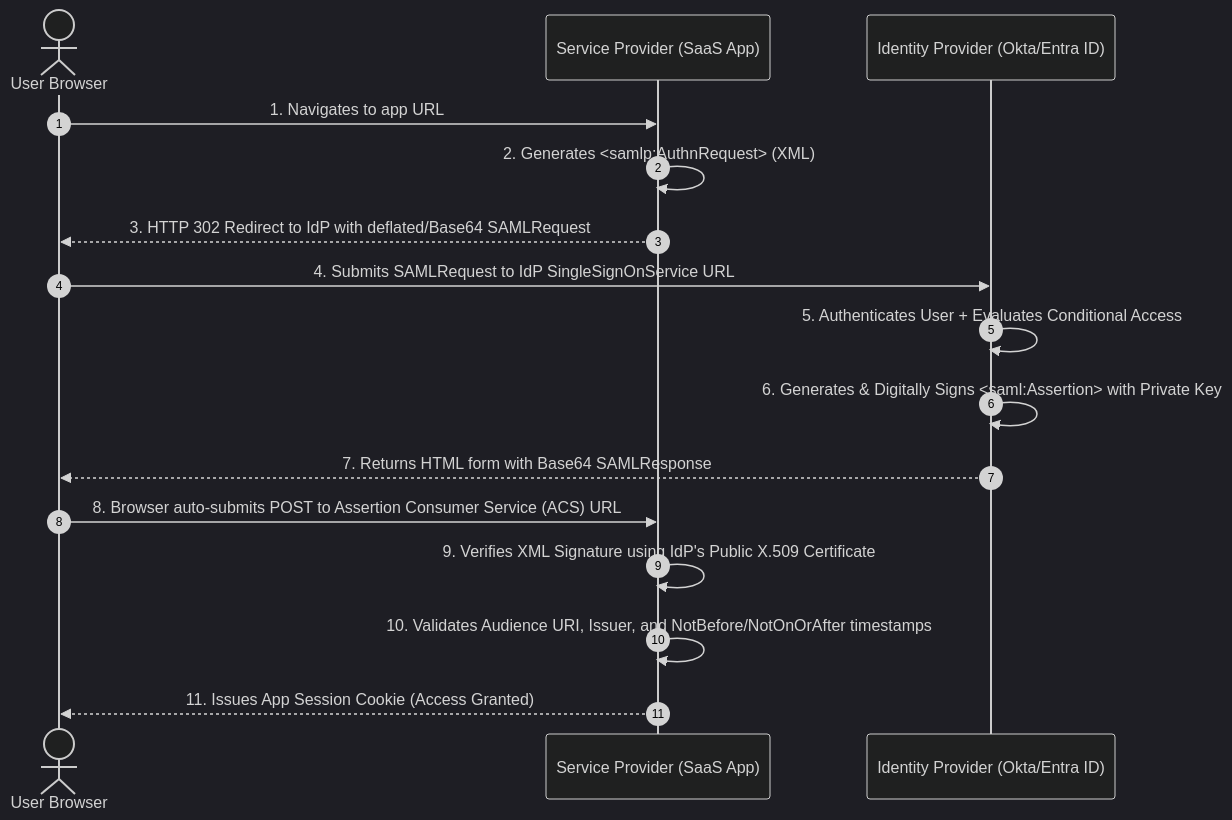
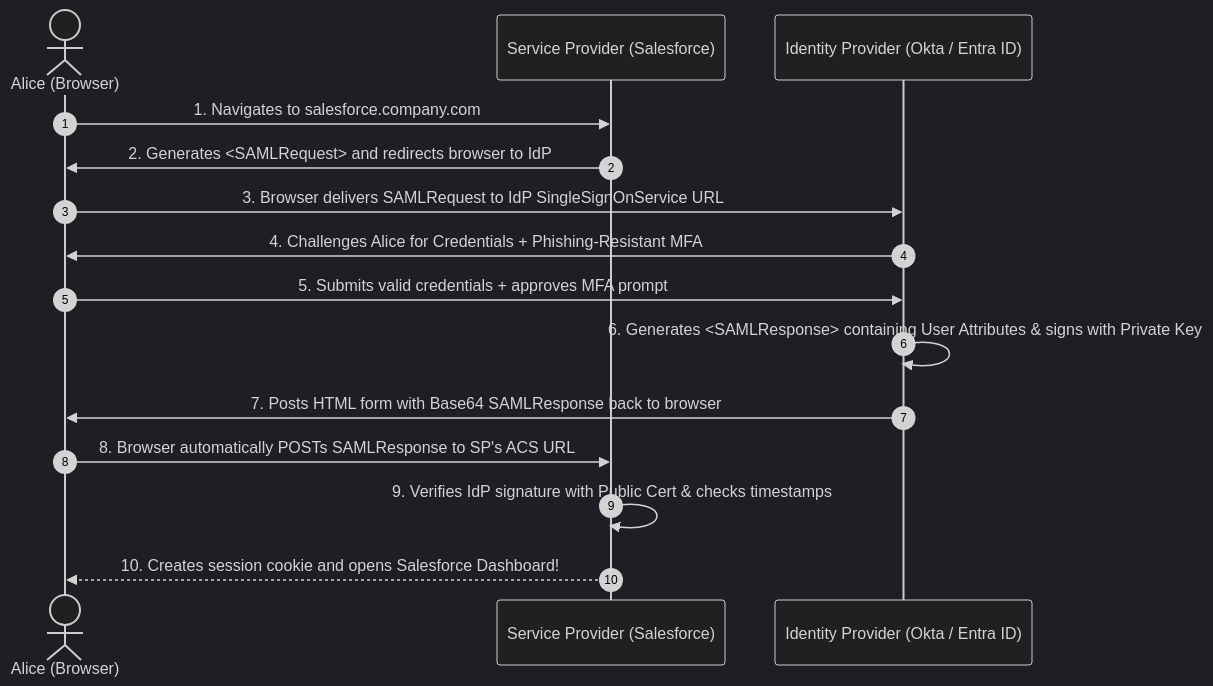
Before and after one commit to varunks04/CBS-Roleplay: the diagram in IAM/03_Technologies_and_Protocols/03_SAML_2.0_Deep_Dive.md, drawn with Mermaid (dark theme). The commit also changed other lines of this file and 37 other files, not shown here.

````diff
--- a/IAM/03_Technologies_and_Protocols/03_SAML_2.0_Deep_Dive.md
+++ b/IAM/03_Technologies_and_Protocols/03_SAML_2.0_Deep_Dive.md
@@ -21,19 +37,18 @@
 ```mermaid
 sequenceDiagram
     autonumber
-    actor User as User Browser
-    participant SP as Service Provider (SaaS App)
-    participant IdP as Identity Provider (Okta/Entra ID)
+    actor Alice as Alice (Browser)
+    participant SP as Service Provider (Salesforce)
+    participant IdP as Identity Provider (Okta / Entra ID)
 
-    User->>SP: 1. Navigates to app URL
-    SP->>SP: 2. Generates <samlp:AuthnRequest> (XML)
-    SP-->>User: 3. HTTP 302 Redirect to IdP with deflated/Base64 SAMLRequest
-    User->>IdP: 4. Submits SAMLRequest to IdP SingleSignOnService URL
-    IdP->>IdP: 5. Authenticates User + Evaluates Conditional Access
-    IdP->>IdP: 6. Generates & Digitally Signs <saml:Assertion> with Private Key
-    IdP-->>User: 7. Returns HTML form with Base64 SAMLResponse
-    User->>SP: 8. Browser auto-submits POST to Assertion Consumer Service (ACS) URL
-    SP->>SP: 9. Verifies XML Signature using IdP's Public X.509 Certificate
-    SP->>SP: 10. Validates Audience URI, Issuer, and NotBefore/NotOnOrAfter timestamps
-    SP-->>User: 11. Issues App Session Cookie (Access Granted)
+    Alice->>SP: 1. Navigates to salesforce.company.com
+    SP->>Alice: 2. Generates <SAMLRequest> and redirects browser to IdP
+    Alice->>IdP: 3. Browser delivers SAMLRequest to IdP SingleSignOnService URL
+    IdP->>Alice: 4. Challenges Alice for Credentials + Phishing-Resistant MFA
+    Alice->>IdP: 5. Submits valid credentials + approves MFA prompt
+    IdP->>IdP: 6. Generates <SAMLResponse> containing User Attributes & signs with Private Key
+    IdP->>Alice: 7. Posts HTML form with Base64 SAMLResponse back to browser
+    Alice->>SP: 8. Browser automatically POSTs SAMLResponse to SP's ACS URL
+    SP->>SP: 9. Verifies IdP signature with Public Cert & checks timestamps
+    SP-->>Alice: 10. Creates session cookie and opens Salesforce Dashboard!
 ```
````
